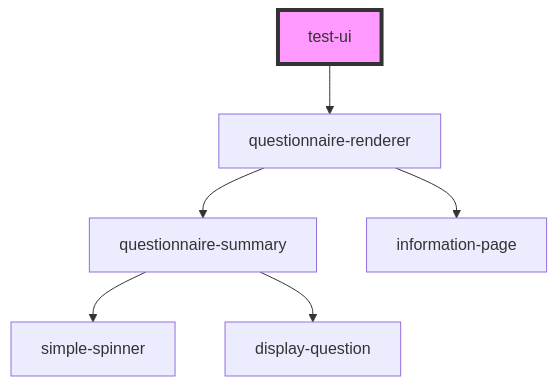
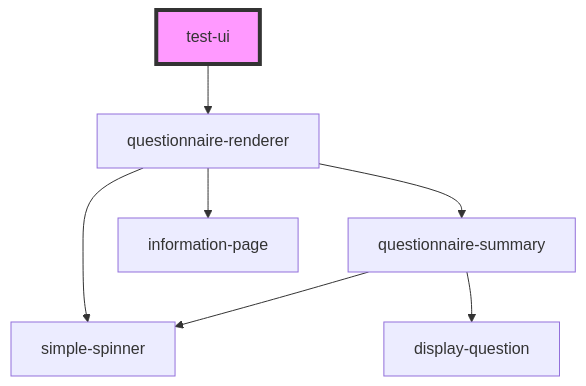
The diagram in src/components/test-ui/readme.md (molit-institute/questionnaire-renderer), drawn with Mermaid before and after one commit. The commit also changed 5 other files, not shown here.

````diff
--- a/src/components/test-ui/readme.md
+++ b/src/components/test-ui/readme.md
@@ -15,9 +15,10 @@
 ```mermaid
 graph TD;
   test-ui --> questionnaire-renderer
+  questionnaire-renderer --> simple-spinner
   questionnaire-renderer --> questionnaire-summary
   questionnaire-renderer --> information-page
   questionnaire-summary --> simple-spinner
   questionnaire-summary --> display-question
   style test-ui fill:#f9f,stroke:#333,stroke-width:4px
 ```
````
